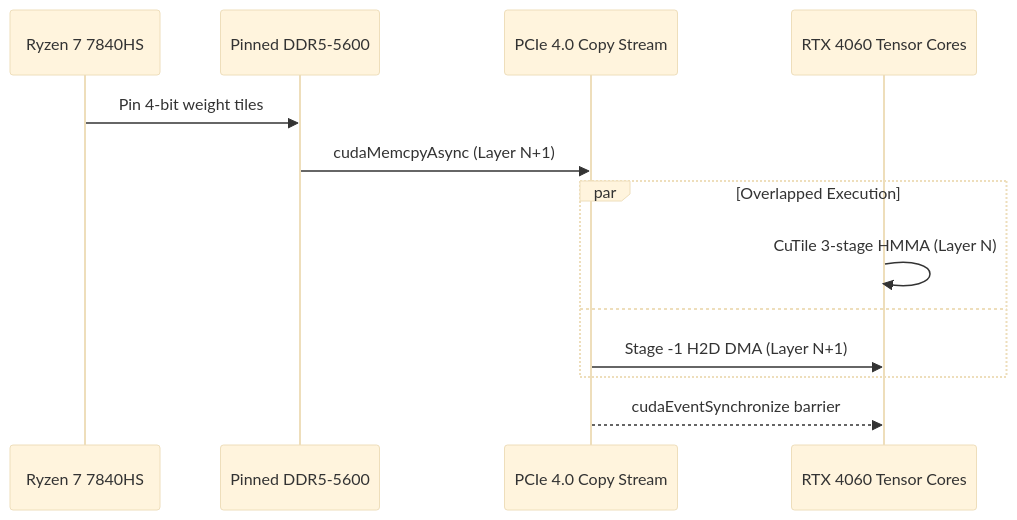
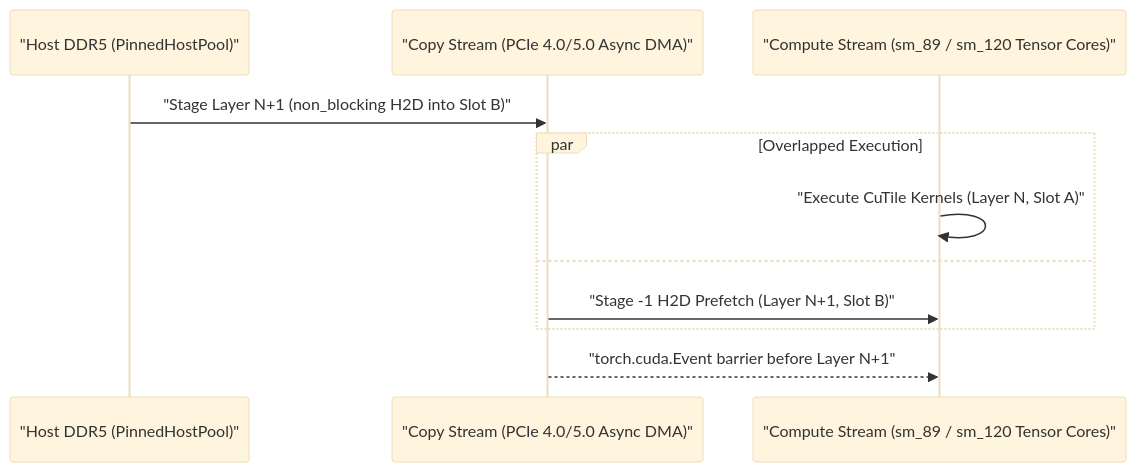
One commit to samudragupto/cutile-forge changed the second of 3 diagrams in docs/ARCHITECTURE.md. Above: the diagram before and after it, drawn with Mermaid (base theme). The commit also changed other lines of this file and 15 other files, not shown here.

````diff
--- a/docs/ARCHITECTURE.md
+++ b/docs/ARCHITECTURE.md
@@ -26,16 +46,14 @@
 ```mermaid
 sequenceDiagram
-    participant CPU as Ryzen 7 7840HS
-    participant DDR5 as Pinned DDR5-5600
-    participant DMA as PCIe 4.0 Copy Stream
-    participant GPU as RTX 4060 Tensor Cores
+    participant CPU as "Host DDR5 (PinnedHostPool)"
+    participant DMA as "Copy Stream (PCIe 4.0/5.0 Async DMA)"
+    participant GPU as "Compute Stream (sm_89 / sm_120 Tensor Cores)"
 
-    CPU->>DDR5: Pin 4-bit weight tiles
-    DDR5->>DMA: cudaMemcpyAsync (Layer N+1)
+    CPU->>DMA: "Stage Layer N+1 (non_blocking H2D into Slot B)"
     par Overlapped Execution
-        GPU->>GPU: CuTile 3-stage HMMA (Layer N)
+        GPU->>GPU: "Execute CuTile Kernels (Layer N, Slot A)"
     and
-        DMA->>GPU: Stage -1 H2D DMA (Layer N+1)
+        DMA->>GPU: "Stage -1 H2D Prefetch (Layer N+1, Slot B)"
     end
-    DMA-->>GPU: cudaEventSynchronize barrier
+    DMA-->>GPU: "torch.cuda.Event barrier before Layer N+1"
 ```
````
